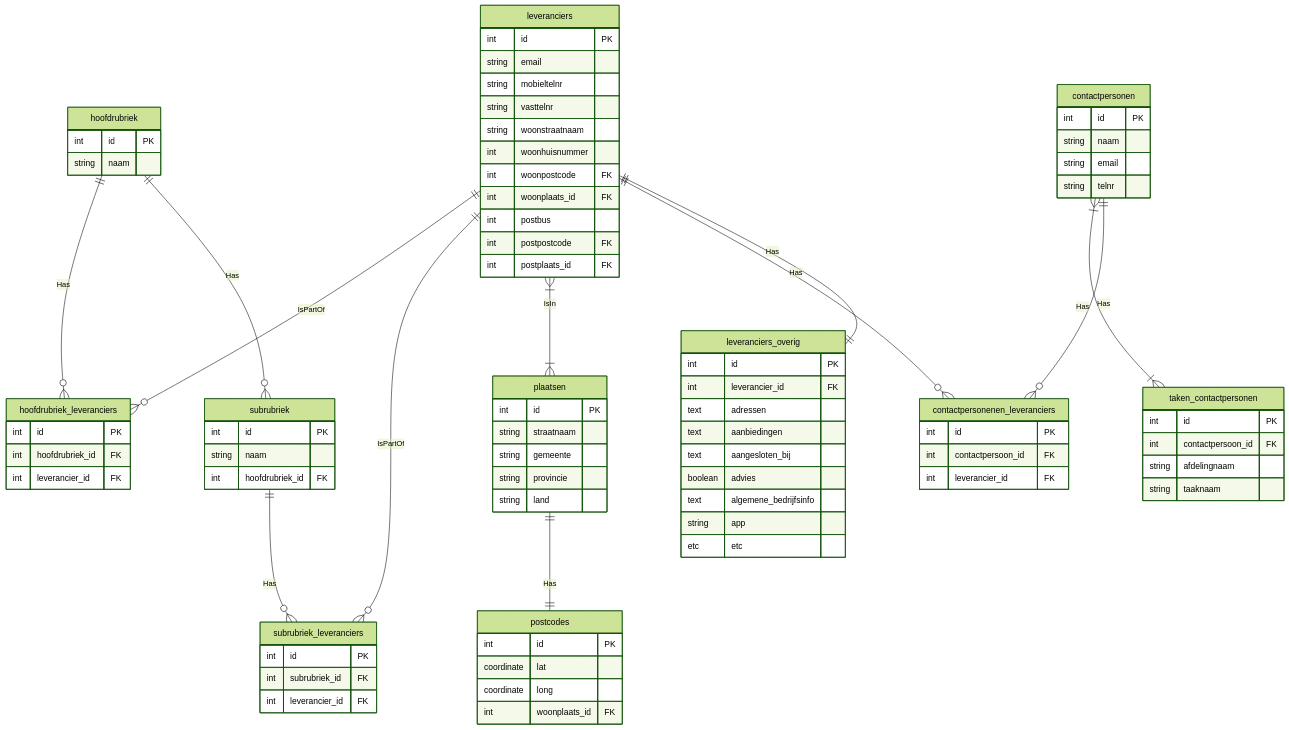
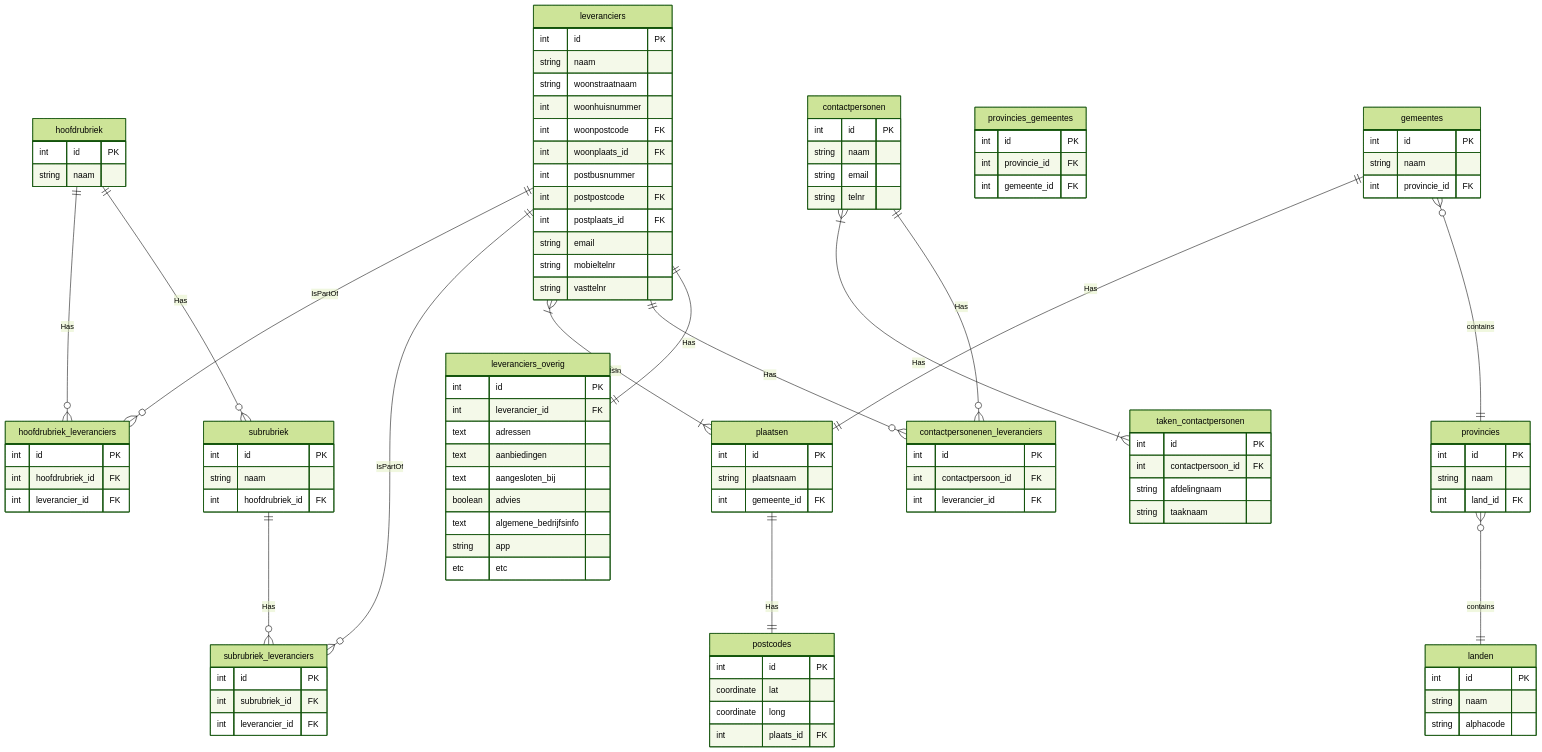
Before and after one commit to uknowwho/educom-data-science-1714723739: the diagram in relational-data-storage/opdracht-1/opdracht1.md, drawn with Mermaid (forest theme).

Commit message:
01: opdr 1, issue 2; tweede versie van leverancier ERD

````diff
--- a/relational-data-storage/opdracht-1/opdracht1.md
+++ b/relational-data-storage/opdracht-1/opdracht1.md
@@ -1,78 +1,115 @@
 ```mermaid
 erDiagram
-    hoofdrubriek ||--o{ hoofdrubriek_leveranciers: Has
-    hoofdrubriek ||--o{ subrubriek: Has
-    leveranciers ||--o{ hoofdrubriek_leveranciers: IsPartOf
-    leveranciers ||--o{ subrubriek_leveranciers: IsPartOf
-    subrubriek ||--o{ subrubriek_leveranciers: Has
-    leveranciers }|--|{ plaatsen: IsIn
-    plaatsen ||--|| postcodes: Has
-    contactpersonen }|--|{taken_contactpersonen: Has
-    leveranciers ||--o{contactpersonenen_leveranciers: Has
-    contactpersonen ||--o{contactpersonenen_leveranciers: Has
-    leveranciers ||--|| leveranciers_overig: Has
+    leveranciers {
+        int id PK
+        string naam
+        string woonstraatnaam
+        int woonhuisnummer
+        int woonpostcode FK
+        int woonplaats_id FK
+        int postbusnummer
+        int postpostcode FK
+        int postplaats_id FK
+        string email
+        string mobieltelnr
+        string vasttelnr
+    }
+
     hoofdrubriek {
         int id PK
         string naam
     }
+
+    hoofdrubriek ||--o{ hoofdrubriek_leveranciers: Has
+    leveranciers ||--o{ hoofdrubriek_leveranciers: IsPartOf
     hoofdrubriek_leveranciers {
         int id PK
         int hoofdrubriek_id FK
         int leverancier_id FK
     }
+
+    hoofdrubriek ||--o{ subrubriek: Has
+    subrubriek {
+        int id PK
+        string naam 
+        int hoofdrubriek_id FK
+    }
+
+    leveranciers ||--o{ subrubriek_leveranciers: IsPartOf
+    subrubriek ||--o{ subrubriek_leveranciers: Has
     subrubriek_leveranciers {
         int id PK
         int subrubriek_id FK
         int leverancier_id FK
     }
-    subrubriek {
-        int id PK
-        string naam 
-        int hoofdrubriek_id FK
-    }
-    leveranciers {
-        int id PK
-        string email
-        string mobieltelnr
-        string vasttelnr
-        string woonstraatnaam
-        int woonhuisnummer
-        int woonpostcode FK
-        int woonplaats_id FK
-        int postbus
-        int postpostcode FK
-        int postplaats_id FK
-    }
+
+    leveranciers }|--|{ plaatsen: IsIn
+    gemeentes ||--||plaatsen: Has
     plaatsen {
         int id PK
-        string straatnaam
-        string gemeente
-        string provincie
-        string land
+        string plaatsnaam
+        int gemeente_id FK
     }
+
+    landen {
+        int id PK
+        string naam
+        string alphacode
+    }
+
+    provincies }o--|| landen: contains
+    provincies {
+        int id PK
+        string naam
+        int land_id FK
+    }
+
+    gemeentes }o--|| provincies: contains
+    gemeentes {
+        int id PK
+        string naam
+        int provincie_id FK
+    }
+
+    provincies_gemeentes {
+        int id PK
+        int provincie_id FK
+        int gemeente_id FK
+    }
+
+    plaatsen ||--|| postcodes: Has
     postcodes {
         int id PK
         coordinate lat
         coordinate long
-        int woonplaats_id FK
+        int plaats_id FK
     }
+
+
     contactpersonen {
         int id PK
         string naam
         string email
         string telnr
     }
+
+    contactpersonen }|--|{taken_contactpersonen: Has
+    contactpersonenen_leveranciers {
+        int id PK
+        int contactpersoon_id FK
+        int leverancier_id FK
+    }
+
+    leveranciers ||--o{contactpersonenen_leveranciers: Has
+    contactpersonen ||--o{contactpersonenen_leveranciers: Has
     taken_contactpersonen {
         int id PK
         int contactpersoon_id FK
         string afdelingnaam
         string taaknaam
     }
-    contactpersonenen_leveranciers {
-        int id PK
-        int contactpersoon_id FK
-        int leverancier_id FK
-    }
+
+    leveranciers ||--|| leveranciers_overig: Has
     leveranciers_overig {
         int id PK
         int leverancier_id FK
@@ -84,5 +121,4 @@
         string app
         etc etc
     }
-
 ```
````
